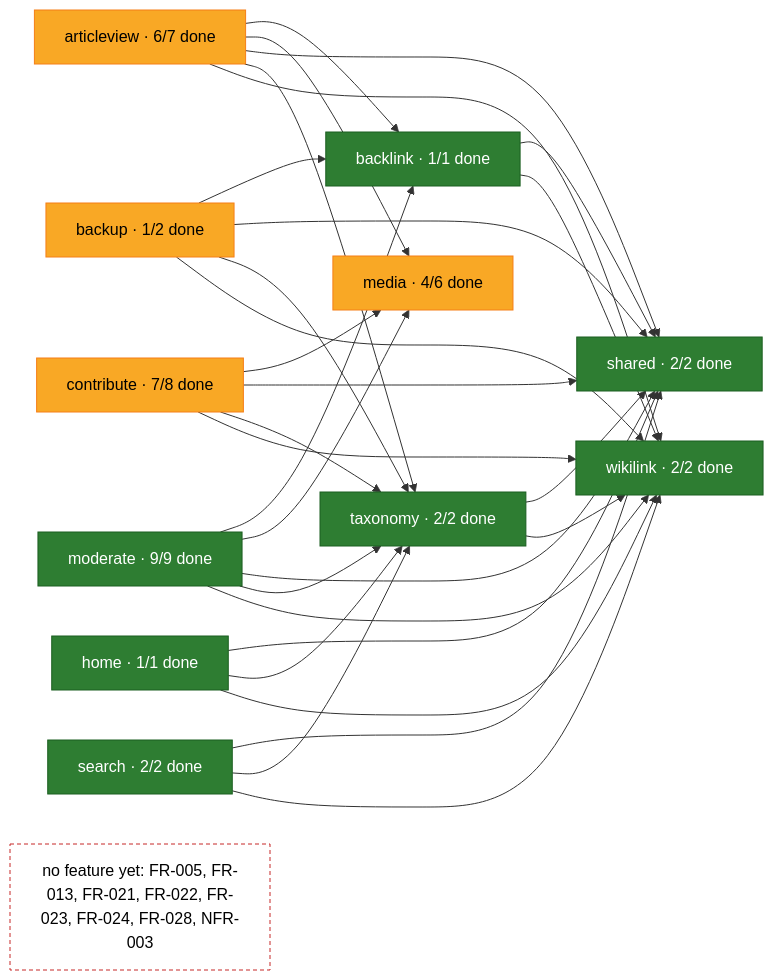
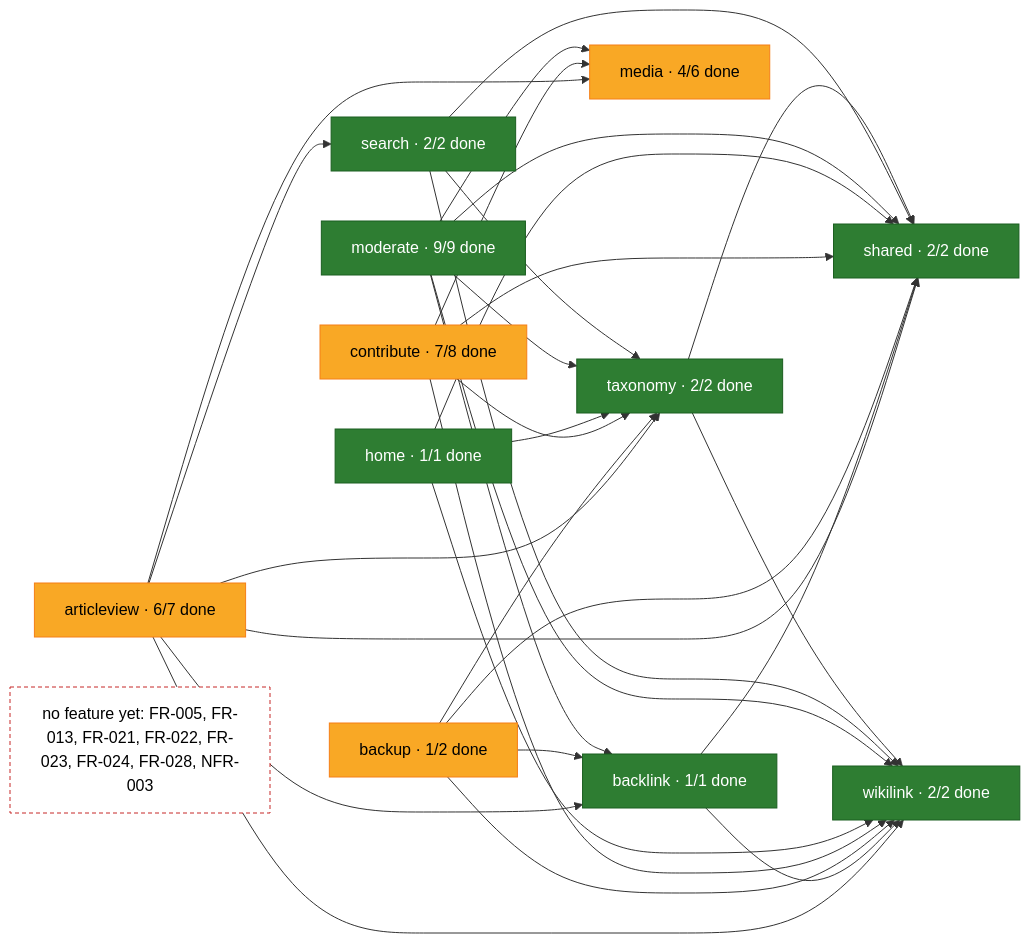
The second of 2 diagrams in docs/gap-list.md (rikire/Exchange-Student-Guide-Platform), drawn with Mermaid before and after one commit. The commit also changed other lines of this file and 2 other files, not shown here.

````diff
--- a/docs/gap-list.md
+++ b/docs/gap-list.md
@@ -24,47 +24,48 @@
 ```mermaid
 flowchart LR
     articleview["articleview · 6/7 done"]:::partial
     backlink["backlink · 1/1 done"]:::done
     backup["backup · 1/2 done"]:::partial
     contribute["contribute · 7/8 done"]:::partial
     home["home · 1/1 done"]:::done
     media["media · 4/6 done"]:::partial
     moderate["moderate · 9/9 done"]:::done
     search["search · 2/2 done"]:::done
     shared["shared · 2/2 done"]:::done
     taxonomy["taxonomy · 2/2 done"]:::done
     wikilink["wikilink · 2/2 done"]:::done
     unmapped["no feature yet: FR-005, FR-013, FR-021, FR-022, FR-023, FR-024, FR-028, NFR-003"]:::unmapped
     articleview --> backlink
     articleview --> media
+    articleview --> search
     articleview --> shared
     articleview --> taxonomy
     articleview --> wikilink
     backlink --> shared
     backlink --> wikilink
     backup --> backlink
     backup --> shared
     backup --> taxonomy
     backup --> wikilink
     contribute --> media
     contribute --> shared
     contribute --> taxonomy
     contribute --> wikilink
     home --> shared
     home --> taxonomy
     home --> wikilink
     moderate --> backlink
     moderate --> media
     moderate --> shared
     moderate --> taxonomy
     moderate --> wikilink
     search --> shared
     search --> taxonomy
     search --> wikilink
     taxonomy --> shared
     taxonomy --> wikilink
     classDef done fill:#2e7d32,stroke:#1b5e20,color:#ffffff
     classDef partial fill:#f9a825,stroke:#f57f17,color:#000000
     classDef none fill:#e0e0e0,stroke:#9e9e9e,color:#000000
     classDef unmapped fill:#ffffff,stroke:#c62828,stroke-dasharray:4 3,color:#000000
 ```
````
